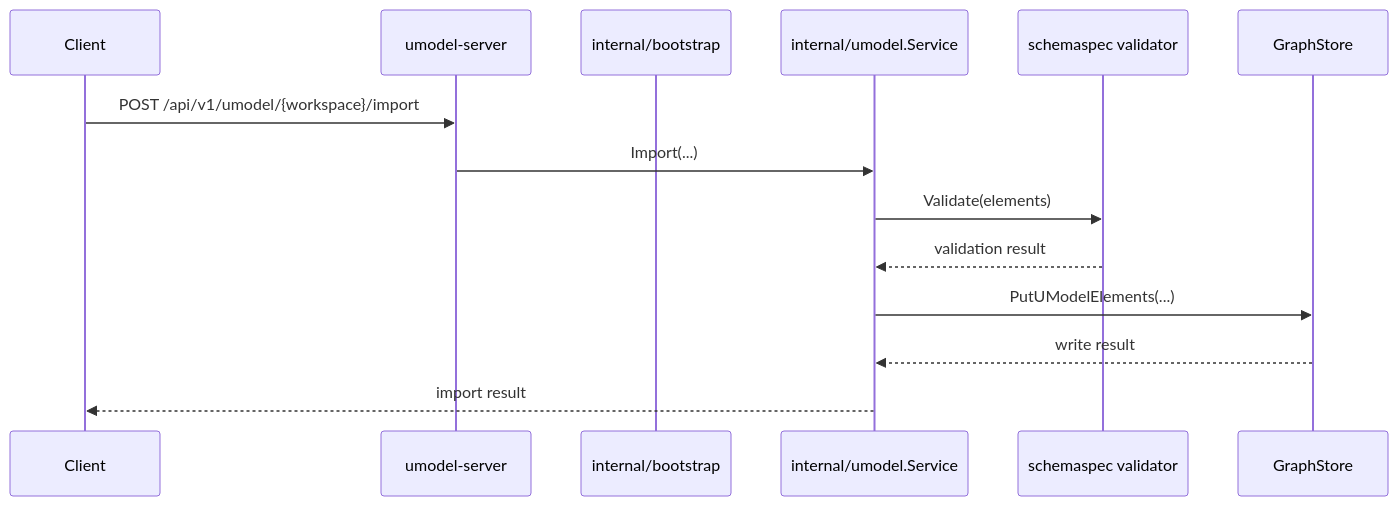
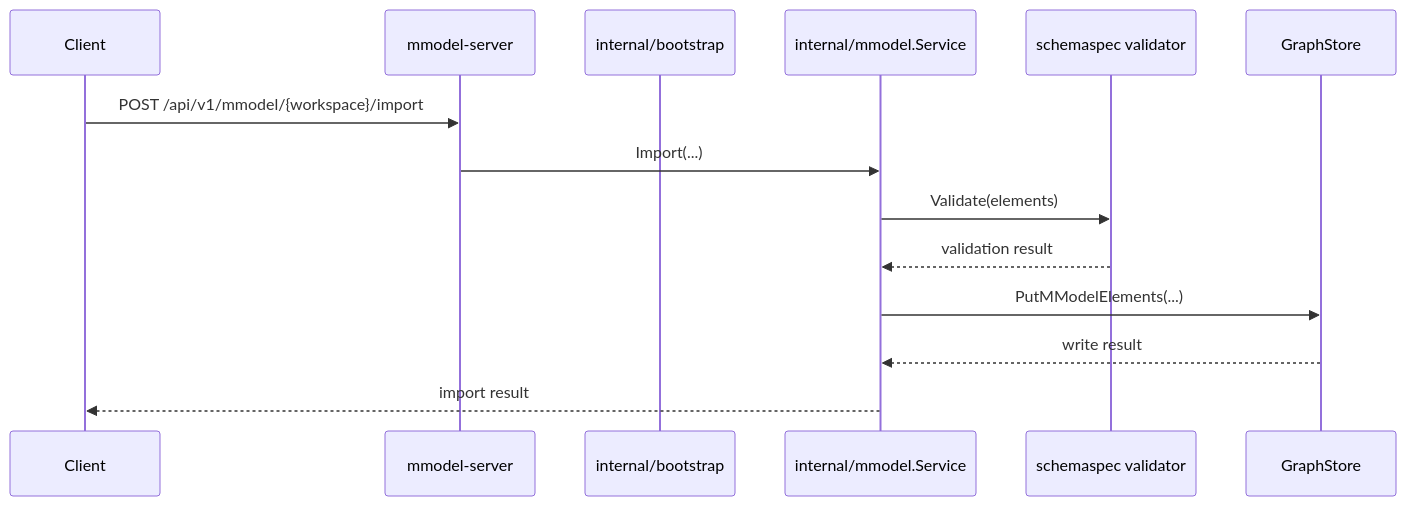
The first of 2 diagrams in docs/zh/learning-guide/model-and-write-flow.md (lichaoaaron/UnifiedModel), drawn with Mermaid before and after one commit. The commit also changed other lines of this file and 765 other files, not shown here.

````diff
--- a/docs/zh/learning-guide/model-and-write-flow.md
+++ b/docs/zh/learning-guide/model-and-write-flow.md
@@ -7,17 +7,17 @@
 ```mermaid
 sequenceDiagram
   participant Client
-  participant REST as umodel-server
+  participant REST as mmodel-server
   participant Bootstrap as internal/bootstrap
-  participant UModel as internal/umodel.Service
+  participant MModel as internal/mmodel.Service
   participant Validator as schemaspec validator
   participant Graph as GraphStore
 
-  Client->>REST: POST /api/v1/umodel/{workspace}/import
-  REST->>UModel: Import(...)
-  UModel->>Validator: Validate(elements)
-  Validator-->>UModel: validation result
-  UModel->>Graph: PutUModelElements(...)
-  Graph-->>UModel: write result
-  UModel-->>Client: import result
+  Client->>REST: POST /api/v1/mmodel/{workspace}/import
+  REST->>MModel: Import(...)
+  MModel->>Validator: Validate(elements)
+  Validator-->>MModel: validation result
+  MModel->>Graph: PutMModelElements(...)
+  Graph-->>MModel: write result
+  MModel-->>Client: import result
 ```
````
